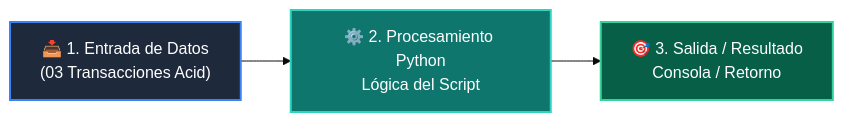
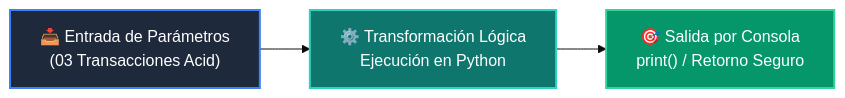
The diagram in 04-proyecto-final/clase-03-persistencia-sql-transacciones/ejemplos/ejemplo_03_transacciones_acid/README.md (wisrovi/wisrovi-python), drawn with Mermaid (base theme) before and after one commit. The commit also changed other lines of this file and 226 other files, not shown here.

Commit message:
docs: elevate all repository READMEs to world-class mastery standard with rich pedagogical architecture, custom Mermaids, and professional styling

````diff
--- a/04-proyecto-final/clase-03-persistencia-sql-transacciones/ejemplos/ejemplo_03_transacciones_acid/README.md
+++ b/04-proyecto-final/clase-03-persistencia-sql-transacciones/ejemplos/ejemplo_03_transacciones_acid/README.md
@@ -12,9 +19,9 @@
 ```mermaid
 flowchart LR
-    A["📥 1. Entrada de Datos<br/>(03 Transacciones Acid)"] --> B["⚙️ 2. Procesamiento Python<br/>Lógica del Script"]
-    B --> C["🎯 3. Salida / Resultado<br/>Consola / Retorno"]
+    A["📥 Entrada de Parámetros<br/>(03 Transacciones Acid)"] --> B["⚙️ Transformación Lógica<br/>Ejecución en Python"]
+    B --> C["🎯 Salida por Consola<br/>print() / Retorno Seguro"]
 
-    style A fill:#1e293b,color:#fff,stroke:#3b82f6,stroke-width:2px
-    style B fill:#0f766e,color:#fff,stroke:#2dd4bf,stroke-width:2px
-    style C fill:#065f46,color:#fff,stroke:#34d399,stroke-width:2px
+    style A fill:#1e293b,color:#ffffff,stroke:#3b82f6,stroke-width:2px
+    style B fill:#0f766e,color:#ffffff,stroke:#2dd4bf,stroke-width:2px
+    style C fill:#059669,color:#ffffff,stroke:#34d399,stroke-width:2px
 ```
````
